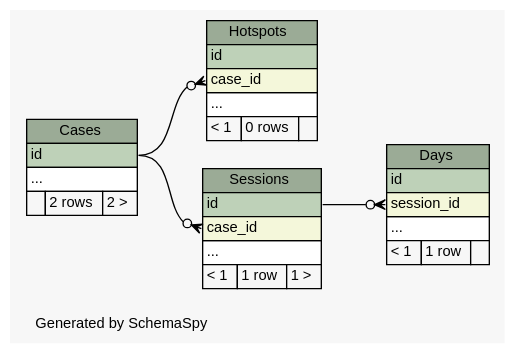
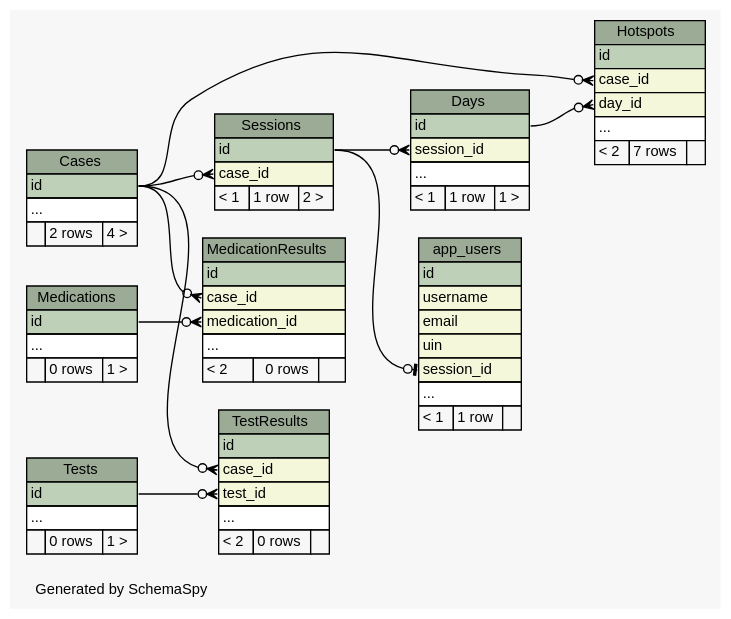
The diagram in web/files/schema/diagrams/summary/relationships.real.compact.dot (carrel2/CaseStudies), drawn with Graphviz before and after one commit. The commit also changed 87 other files, not shown here.

Commit message:
More work on database schema

```diff
--- a/web/files/schema/diagrams/summary/relationships.real.compact.dot
+++ b/web/files/schema/diagrams/summary/relationships.real.compact.dot
@@ -1,72 +1,141 @@
 // dot 2.38.0 on Linux 4.4.0-59-generic
 // SchemaSpy rev 590
 digraph "compactRelationshipsDiagram" {
   graph [
     rankdir="RL"
     bgcolor="#f7f7f7"
     label="\nGenerated by SchemaSpy"
     labeljust="l"
     nodesep="0.18"
     ranksep="0.46"
     fontname="Helvetica"
     fontsize="11"
   ];
   node [
     fontname="Helvetica"
     fontsize="11"
     shape="plaintext"
   ];
   edge [
     arrowsize="0.8"
   ];
+  "app_users" [
+    label=<
+    <TABLE BORDER="0" CELLBORDER="1" CELLSPACING="0" BGCOLOR="#ffffff">
+      <TR><TD COLSPAN="3" BGCOLOR="#9bab96" ALIGN="CENTER">app_users</TD></TR>
+      <TR><TD PORT="id" COLSPAN="3" BGCOLOR="#bed1b8" ALIGN="LEFT">id</TD></TR>
+      <TR><TD PORT="username" COLSPAN="3" BGCOLOR="#f4f7da" ALIGN="LEFT">username</TD></TR>
+      <TR><TD PORT="email" COLSPAN="3" BGCOLOR="#f4f7da" ALIGN="LEFT">email</TD></TR>
+      <TR><TD PORT="uin" COLSPAN="3" BGCOLOR="#f4f7da" ALIGN="LEFT">uin</TD></TR>
+      <TR><TD PORT="session_id" COLSPAN="3" BGCOLOR="#f4f7da" ALIGN="LEFT">session_id</TD></TR>
+      <TR><TD PORT="elipses" COLSPAN="3" ALIGN="LEFT">...</TD></TR>
+      <TR><TD ALIGN="LEFT" BGCOLOR="#f7f7f7">&lt; 1</TD><TD ALIGN="RIGHT" BGCOLOR="#f7f7f7">1 row</TD><TD ALIGN="RIGHT" BGCOLOR="#f7f7f7">  </TD></TR>
+    </TABLE>>
+    URL="tables/app_users.html"
+    tooltip="app_users"
+  ];
   "Cases" [
     label=<
     <TABLE BORDER="0" CELLBORDER="1" CELLSPACING="0" BGCOLOR="#ffffff">
       <TR><TD COLSPAN="3" BGCOLOR="#9bab96" ALIGN="CENTER">Cases</TD></TR>
       <TR><TD PORT="id" COLSPAN="3" BGCOLOR="#bed1b8" ALIGN="LEFT">id</TD></TR>
       <TR><TD PORT="elipses" COLSPAN="3" ALIGN="LEFT">...</TD></TR>
-      <TR><TD ALIGN="LEFT" BGCOLOR="#f7f7f7">  </TD><TD ALIGN="RIGHT" BGCOLOR="#f7f7f7">2 rows</TD><TD ALIGN="RIGHT" BGCOLOR="#f7f7f7">2 &gt;</TD></TR>
+      <TR><TD ALIGN="LEFT" BGCOLOR="#f7f7f7">  </TD><TD ALIGN="RIGHT" BGCOLOR="#f7f7f7">2 rows</TD><TD ALIGN="RIGHT" BGCOLOR="#f7f7f7">4 &gt;</TD></TR>
     </TABLE>>
     URL="tables/Cases.html"
     tooltip="Cases"
   ];
   "Days" [
     label=<
     <TABLE BORDER="0" CELLBORDER="1" CELLSPACING="0" BGCOLOR="#ffffff">
       <TR><TD COLSPAN="3" BGCOLOR="#9bab96" ALIGN="CENTER">Days</TD></TR>
       <TR><TD PORT="id" COLSPAN="3" BGCOLOR="#bed1b8" ALIGN="LEFT">id</TD></TR>
       <TR><TD PORT="session_id" COLSPAN="3" BGCOLOR="#f4f7da" ALIGN="LEFT">session_id</TD></TR>
       <TR><TD PORT="elipses" COLSPAN="3" ALIGN="LEFT">...</TD></TR>
-      <TR><TD ALIGN="LEFT" BGCOLOR="#f7f7f7">&lt; 1</TD><TD ALIGN="RIGHT" BGCOLOR="#f7f7f7">1 row</TD><TD ALIGN="RIGHT" BGCOLOR="#f7f7f7">  </TD></TR>
+      <TR><TD ALIGN="LEFT" BGCOLOR="#f7f7f7">&lt; 1</TD><TD ALIGN="RIGHT" BGCOLOR="#f7f7f7">1 row</TD><TD ALIGN="RIGHT" BGCOLOR="#f7f7f7">1 &gt;</TD></TR>
     </TABLE>>
     URL="tables/Days.html"
     tooltip="Days"
   ];
   "Hotspots" [
     label=<
     <TABLE BORDER="0" CELLBORDER="1" CELLSPACING="0" BGCOLOR="#ffffff">
       <TR><TD COLSPAN="3" BGCOLOR="#9bab96" ALIGN="CENTER">Hotspots</TD></TR>
       <TR><TD PORT="id" COLSPAN="3" BGCOLOR="#bed1b8" ALIGN="LEFT">id</TD></TR>
       <TR><TD PORT="case_id" COLSPAN="3" BGCOLOR="#f4f7da" ALIGN="LEFT">case_id</TD></TR>
+      <TR><TD PORT="day_id" COLSPAN="3" BGCOLOR="#f4f7da" ALIGN="LEFT">day_id</TD></TR>
       <TR><TD PORT="elipses" COLSPAN="3" ALIGN="LEFT">...</TD></TR>
-      <TR><TD ALIGN="LEFT" BGCOLOR="#f7f7f7">&lt; 1</TD><TD ALIGN="RIGHT" BGCOLOR="#f7f7f7">0 rows</TD><TD ALIGN="RIGHT" BGCOLOR="#f7f7f7">  </TD></TR>
+      <TR><TD ALIGN="LEFT" BGCOLOR="#f7f7f7">&lt; 2</TD><TD ALIGN="RIGHT" BGCOLOR="#f7f7f7">7 rows</TD><TD ALIGN="RIGHT" BGCOLOR="#f7f7f7">  </TD></TR>
     </TABLE>>
     URL="tables/Hotspots.html"
     tooltip="Hotspots"
+  ];
+  "MedicationResults" [
+    label=<
+    <TABLE BORDER="0" CELLBORDER="1" CELLSPACING="0" BGCOLOR="#ffffff">
+      <TR><TD COLSPAN="3" BGCOLOR="#9bab96" ALIGN="CENTER">MedicationResults</TD></TR>
+      <TR><TD PORT="id" COLSPAN="3" BGCOLOR="#bed1b8" ALIGN="LEFT">id</TD></TR>
+      <TR><TD PORT="case_id" COLSPAN="3" BGCOLOR="#f4f7da" ALIGN="LEFT">case_id</TD></TR>
+      <TR><TD PORT="medication_id" COLSPAN="3" BGCOLOR="#f4f7da" ALIGN="LEFT">medication_id</TD></TR>
+      <TR><TD PORT="elipses" COLSPAN="3" ALIGN="LEFT">...</TD></TR>
+      <TR><TD ALIGN="LEFT" BGCOLOR="#f7f7f7">&lt; 2</TD><TD ALIGN="RIGHT" BGCOLOR="#f7f7f7">0 rows</TD><TD ALIGN="RIGHT" BGCOLOR="#f7f7f7">  </TD></TR>
+    </TABLE>>
+    URL="tables/MedicationResults.html"
+    tooltip="MedicationResults"
+  ];
+  "Medications" [
+    label=<
+    <TABLE BORDER="0" CELLBORDER="1" CELLSPACING="0" BGCOLOR="#ffffff">
+      <TR><TD COLSPAN="3" BGCOLOR="#9bab96" ALIGN="CENTER">Medications</TD></TR>
+      <TR><TD PORT="id" COLSPAN="3" BGCOLOR="#bed1b8" ALIGN="LEFT">id</TD></TR>
+      <TR><TD PORT="elipses" COLSPAN="3" ALIGN="LEFT">...</TD></TR>
+      <TR><TD ALIGN="LEFT" BGCOLOR="#f7f7f7">  </TD><TD ALIGN="RIGHT" BGCOLOR="#f7f7f7">0 rows</TD><TD ALIGN="RIGHT" BGCOLOR="#f7f7f7">1 &gt;</TD></TR>
+    </TABLE>>
+    URL="tables/Medications.html"
+    tooltip="Medications"
   ];
   "Sessions" [
     label=<
     <TABLE BORDER="0" CELLBORDER="1" CELLSPACING="0" BGCOLOR="#ffffff">
       <TR><TD COLSPAN="3" BGCOLOR="#9bab96" ALIGN="CENTER">Sessions</TD></TR>
       <TR><TD PORT="id" COLSPAN="3" BGCOLOR="#bed1b8" ALIGN="LEFT">id</TD></TR>
       <TR><TD PORT="case_id" COLSPAN="3" BGCOLOR="#f4f7da" ALIGN="LEFT">case_id</TD></TR>
-      <TR><TD PORT="elipses" COLSPAN="3" ALIGN="LEFT">...</TD></TR>
-      <TR><TD ALIGN="LEFT" BGCOLOR="#f7f7f7">&lt; 1</TD><TD ALIGN="RIGHT" BGCOLOR="#f7f7f7">1 row</TD><TD ALIGN="RIGHT" BGCOLOR="#f7f7f7">1 &gt;</TD></TR>
+      <TR><TD ALIGN="LEFT" BGCOLOR="#f7f7f7">&lt; 1</TD><TD ALIGN="RIGHT" BGCOLOR="#f7f7f7">1 row</TD><TD ALIGN="RIGHT" BGCOLOR="#f7f7f7">2 &gt;</TD></TR>
     </TABLE>>
     URL="tables/Sessions.html"
     tooltip="Sessions"
   ];
+  "TestResults" [
+    label=<
+    <TABLE BORDER="0" CELLBORDER="1" CELLSPACING="0" BGCOLOR="#ffffff">
+      <TR><TD COLSPAN="3" BGCOLOR="#9bab96" ALIGN="CENTER">TestResults</TD></TR>
+      <TR><TD PORT="id" COLSPAN="3" BGCOLOR="#bed1b8" ALIGN="LEFT">id</TD></TR>
+      <TR><TD PORT="case_id" COLSPAN="3" BGCOLOR="#f4f7da" ALIGN="LEFT">case_id</TD></TR>
+      <TR><TD PORT="test_id" COLSPAN="3" BGCOLOR="#f4f7da" ALIGN="LEFT">test_id</TD></TR>
+      <TR><TD PORT="elipses" COLSPAN="3" ALIGN="LEFT">...</TD></TR>
+      <TR><TD ALIGN="LEFT" BGCOLOR="#f7f7f7">&lt; 2</TD><TD ALIGN="RIGHT" BGCOLOR="#f7f7f7">0 rows</TD><TD ALIGN="RIGHT" BGCOLOR="#f7f7f7">  </TD></TR>
+    </TABLE>>
+    URL="tables/TestResults.html"
+    tooltip="TestResults"
+  ];
+  "Tests" [
+    label=<
+    <TABLE BORDER="0" CELLBORDER="1" CELLSPACING="0" BGCOLOR="#ffffff">
+      <TR><TD COLSPAN="3" BGCOLOR="#9bab96" ALIGN="CENTER">Tests</TD></TR>
+      <TR><TD PORT="id" COLSPAN="3" BGCOLOR="#bed1b8" ALIGN="LEFT">id</TD></TR>
+      <TR><TD PORT="elipses" COLSPAN="3" ALIGN="LEFT">...</TD></TR>
+      <TR><TD ALIGN="LEFT" BGCOLOR="#f7f7f7">  </TD><TD ALIGN="RIGHT" BGCOLOR="#f7f7f7">0 rows</TD><TD ALIGN="RIGHT" BGCOLOR="#f7f7f7">1 &gt;</TD></TR>
+    </TABLE>>
+    URL="tables/Tests.html"
+    tooltip="Tests"
+  ];
+  "app_users":"session_id":w -> "Sessions":"id":e [arrowhead=none dir=back arrowtail=teeodot];
   "Days":"session_id":w -> "Sessions":"id":e [arrowhead=none dir=back arrowtail=crowodot];
   "Hotspots":"case_id":w -> "Cases":"id":e [arrowhead=none dir=back arrowtail=crowodot];
+  "Hotspots":"day_id":w -> "Days":"id":e [arrowhead=none dir=back arrowtail=crowodot];
+  "MedicationResults":"case_id":w -> "Cases":"id":e [arrowhead=none dir=back arrowtail=crowodot];
+  "MedicationResults":"medication_id":w -> "Medications":"id":e [arrowhead=none dir=back arrowtail=crowodot];
   "Sessions":"case_id":w -> "Cases":"id":e [arrowhead=none dir=back arrowtail=crowodot];
+  "TestResults":"case_id":w -> "Cases":"id":e [arrowhead=none dir=back arrowtail=crowodot];
+  "TestResults":"test_id":w -> "Tests":"id":e [arrowhead=none dir=back arrowtail=crowodot];
 }
```
